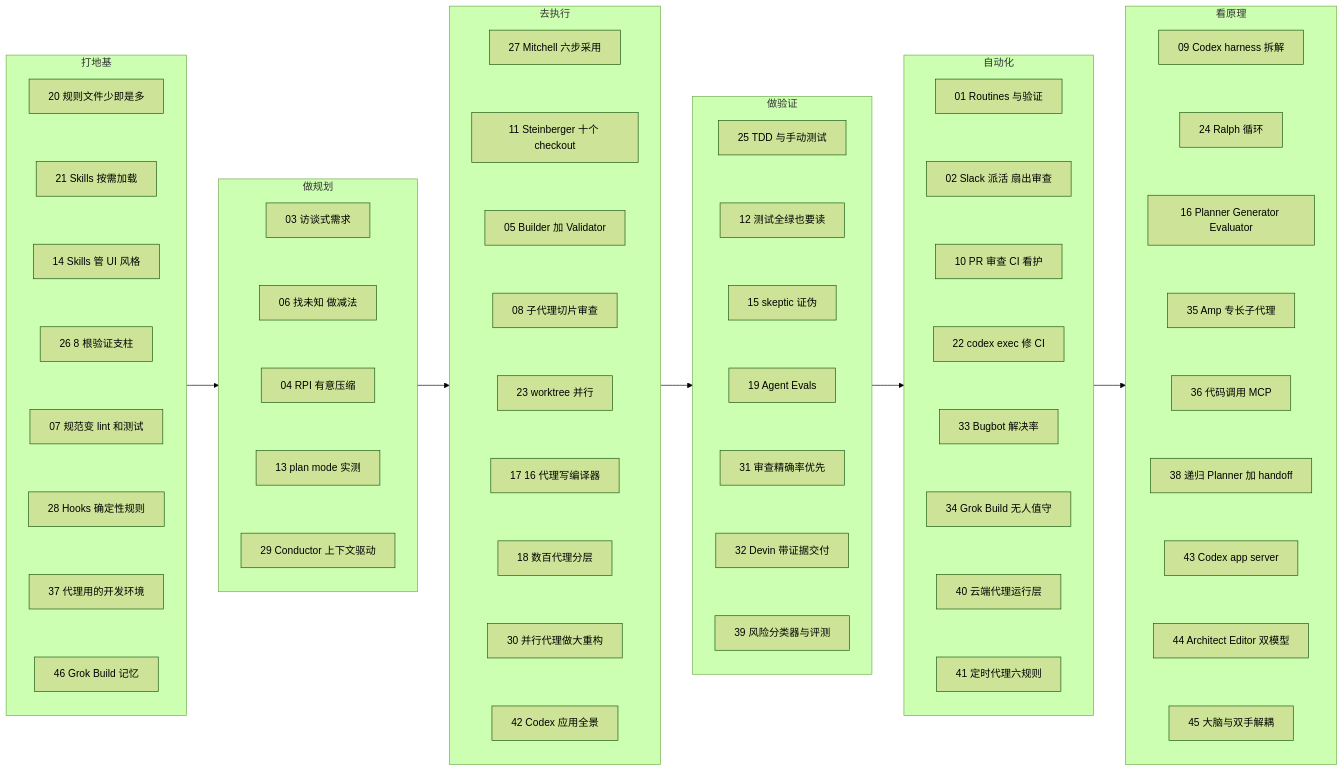
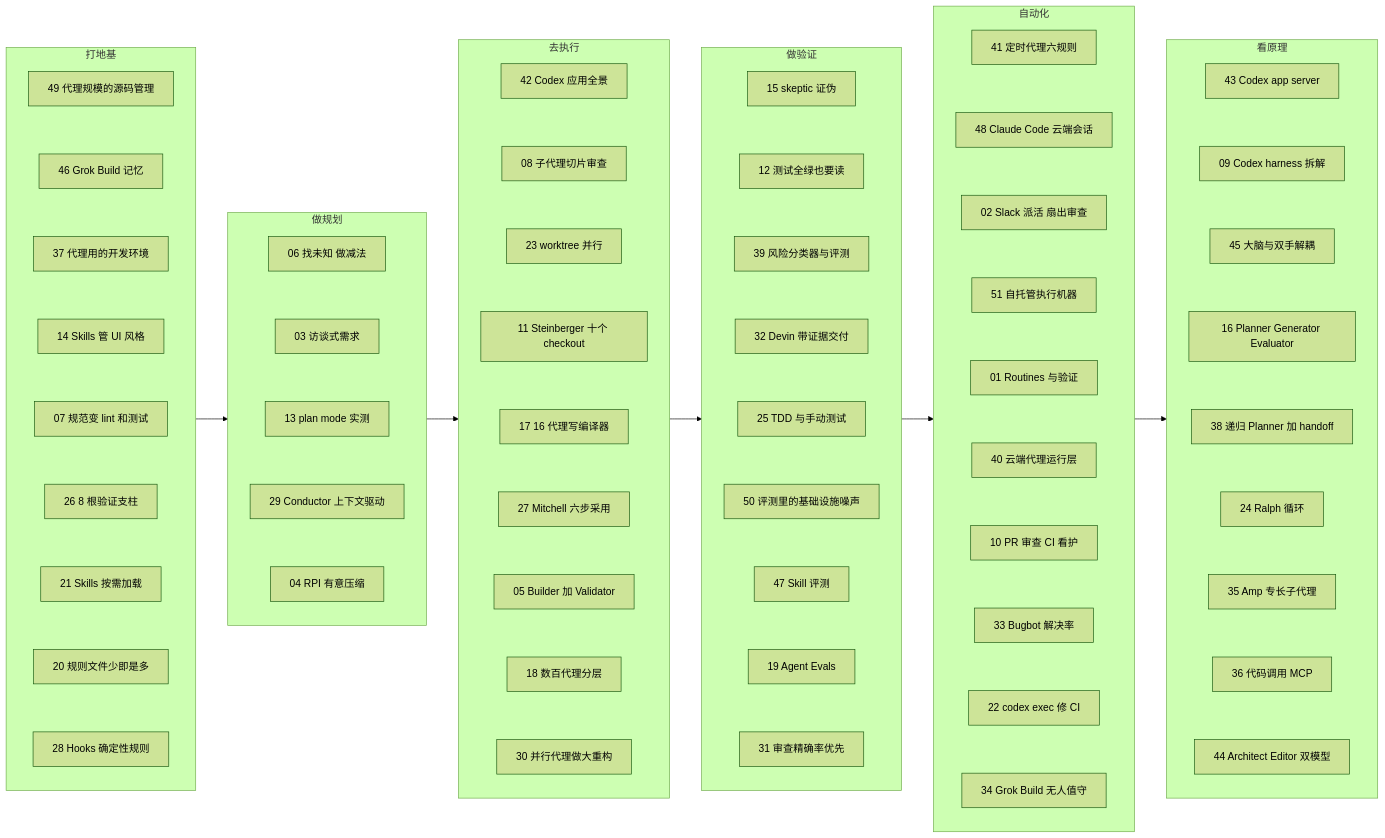
One commit to yzw7489757/ai-coding-videos changed the diagram in docs/index.md. Above: the diagram before and after it, drawn with Mermaid (forest theme). The commit also changed other lines of this file and 22 other files, not shown here.

````diff
--- a/docs/index.md
+++ b/docs/index.md
@@ -100,107 +99,117 @@
 flowchart LR
   subgraph S1["打地基"]
     direction TB
+    A49["49 代理规模的源码管理"]
+    A46["46 Grok Build 记忆"]
+    A37["37 代理用的开发环境"]
+    A14["14 Skills 管 UI 风格"]
+    A07["07 规范变 lint 和测试"]
+    A26["26 8 根验证支柱"]
+    A21["21 Skills 按需加载"]
     A20["20 规则文件少即是多"]
-    A21["21 Skills 按需加载"]
-    A14["14 Skills 管 UI 风格"]
-    A26["26 8 根验证支柱"]
-    A07["07 规范变 lint 和测试"]
     A28["28 Hooks 确定性规则"]
-    A37["37 代理用的开发环境"]
-    A46["46 Grok Build 记忆"]
-    A20 ~~~ A21
-    A21 ~~~ A14
-    A14 ~~~ A26
-    A26 ~~~ A07
-    A07 ~~~ A28
-    A28 ~~~ A37
-    A37 ~~~ A46
+    A49 ~~~ A46
+    A46 ~~~ A37
+    A37 ~~~ A14
+    A14 ~~~ A07
+    A07 ~~~ A26
+    A26 ~~~ A21
+    A21 ~~~ A20
+    A20 ~~~ A28
   end
   subgraph S2["做规划"]
     direction TB
+    A06["06 找未知 做减法"]
     A03["03 访谈式需求"]
-    A06["06 找未知 做减法"]
-    A04["04 RPI 有意压缩"]
     A13["13 plan mode 实测"]
     A29["29 Conductor 上下文驱动"]
-    A03 ~~~ A06
-    A06 ~~~ A04
-    A04 ~~~ A13
+    A04["04 RPI 有意压缩"]
+    A06 ~~~ A03
+    A03 ~~~ A13
     A13 ~~~ A29
+    A29 ~~~ A04
   end
   subgraph S3["去执行"]
     direction TB
-    A27["27 Mitchell 六步采用"]
-    A11["11 Steinberger 十个 checkout"]
-    A05["05 Builder 加 Validator"]
+    A42["42 Codex 应用全景"]
     A08["08 子代理切片审查"]
     A23["23 worktree 并行"]
+    A11["11 Steinberger 十个 checkout"]
     A17["17 16 代理写编译器"]
+    A27["27 Mitchell 六步采用"]
+    A05["05 Builder 加 Validator"]
     A18["18 数百代理分层"]
     A30["30 并行代理做大重构"]
-    A42["42 Codex 应用全景"]
-    A27 ~~~ A11
-    A11 ~~~ A05
-    A05 ~~~ A08
+    A42 ~~~ A08
     A08 ~~~ A23
-    A23 ~~~ A17
-    A17 ~~~ A18
+    A23 ~~~ A11
+    A11 ~~~ A17
+    A17 ~~~ A27
+    A27 ~~~ A05
+    A05 ~~~ A18
     A18 ~~~ A30
-    A30 ~~~ A42
   end
   subgraph S4["做验证"]
     direction TB
+    A15["15 skeptic 证伪"]
+    A12["12 测试全绿也要读"]
+    A39["39 风险分类器与评测"]
+    A32["32 Devin 带证据交付"]
     A25["25 TDD 与手动测试"]
-    A12["12 测试全绿也要读"]
-    A15["15 skeptic 证伪"]
+    A50["50 评测里的基础设施噪声"]
+    A47["47 Skill 评测"]
     A19["19 Agent Evals"]
     A31["31 审查精确率优先"]
-    A32["32 Devin 带证据交付"]
-    A39["39 风险分类器与评测"]
-    A25 ~~~ A12
-    A12 ~~~ A15
-    A15 ~~~ A19
+    A15 ~~~ A12
+    A12 ~~~ A39
+    A39 ~~~ A32
+    A32 ~~~ A25
+    A25 ~~~ A50
+    A50 ~~~ A47
+    A47 ~~~ A19
     A19 ~~~ A31
-    A31 ~~~ A32
-    A32 ~~~ A39
   end
   subgraph S5["自动化"]
     direction TB
+    A41["41 定时代理六规则"]
+    A48["48 Claude Code 云端会话"]
+    A02["02 Slack 派活 扇出审查"]
+    A51["51 自托管执行机器"]
     A01["01 Routines 与验证"]
-    A02["02 Slack 派活 扇出审查"]
+    A40["40 云端代理运行层"]
     A10["10 PR 审查 CI 看护"]
+    A33["33 Bugbot 解决率"]
     A22["22 codex exec 修 CI"]
-    A33["33 Bugbot 解决率"]
     A34["34 Grok Build 无人值守"]
-    A40["40 云端代理运行层"]
-    A41["41 定时代理六规则"]
-    A01 ~~~ A02
-    A02 ~~~ A10
-    A10 ~~~ A22
-    A22 ~~~ A33
-    A33 ~~~ A34
-    A34 ~~~ A40
-    A40 ~~~ A41
+    A41 ~~~ A48
+    A48 ~~~ A02
+    A02 ~~~ A51
+    A51 ~~~ A01
+    A01 ~~~ A40
+    A40 ~~~ A10
+    A10 ~~~ A33
+    A33 ~~~ A22
+    A22 ~~~ A34
   end
   subgraph S6["看原理"]
     direction TB
+    A43["43 Codex app server"]
     A09["09 Codex harness 拆解"]
+    A45["45 大脑与双手解耦"]
+    A16["16 Planner Generator Evaluator"]
+    A38["38 递归 Planner 加 handoff"]
     A24["24 Ralph 循环"]
-    A16["16 Planner Generator Evaluator"]
     A35["35 Amp 专长子代理"]
     A36["36 代码调用 MCP"]
-    A38["38 递归 Planner 加 handoff"]
-    A43["43 Codex app server"]
     A44["44 Architect Editor 双模型"]
-    A45["45 大脑与双手解耦"]
-    A09 ~~~ A24
-    A24 ~~~ A16
-    A16 ~~~ A35
+    A43 ~~~ A09
+    A09 ~~~ A45
+    A45 ~~~ A16
+    A16 ~~~ A38
+    A38 ~~~ A24
+    A24 ~~~ A35
     A35 ~~~ A36
-    A36 ~~~ A38
-    A38 ~~~ A43
-    A43 ~~~ A44
-    A44 ~~~ A45
+    A36 ~~~ A44
   end
   S1 --> S2 --> S3 --> S4 --> S5 --> S6
 ```
````
